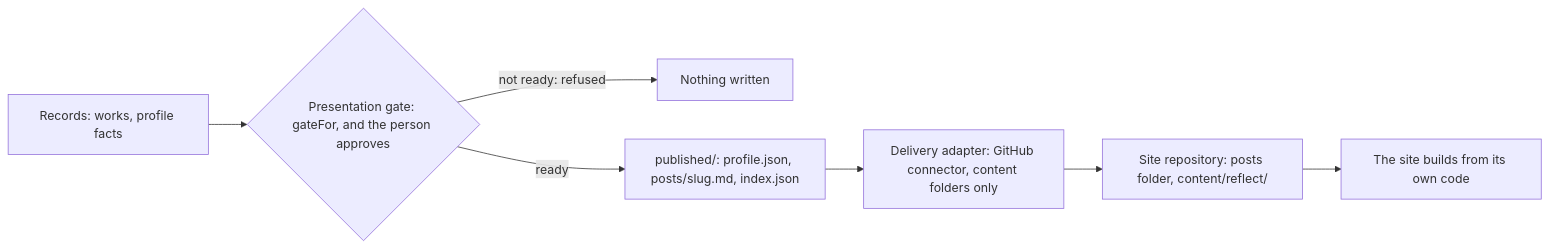
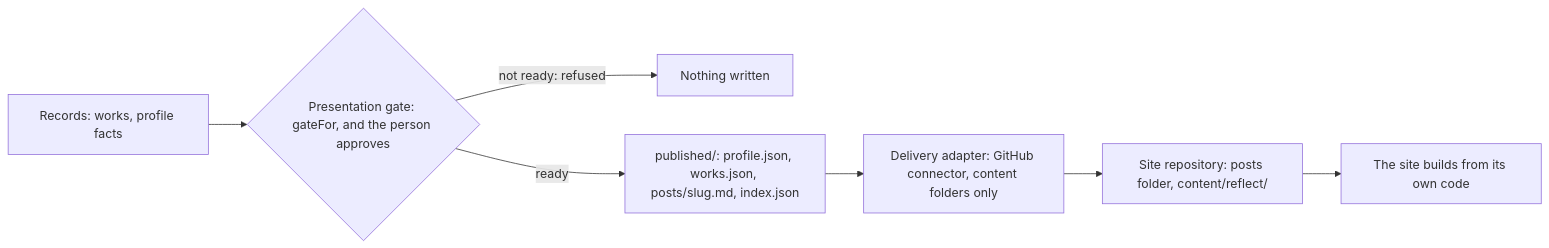
Before and after one commit to tchjhnsn/Mentura3: the third of 3 diagrams in docs/design/REFLECT_FRAMEWORK_2026-11-19.md, drawn with Mermaid. The commit also changed other lines of this file and 19 other files, not shown here.

First line of the commit message:
Publish the person's works by their end: Making, Knowing, Doing (published/works.json)

````diff
--- a/docs/design/REFLECT_FRAMEWORK_2026-11-19.md
+++ b/docs/design/REFLECT_FRAMEWORK_2026-11-19.md
@@ -209,9 +209,9 @@
 ```mermaid
 flowchart LR
   R["Records: works, profile facts"] --> G{"Presentation gate: gateFor, and the person approves"}
   G -- "not ready: refused" --> X["Nothing written"]
-  G -- "ready" --> P["published/: profile.json, posts/slug.md, index.json"]
+  G -- "ready" --> P["published/: profile.json, works.json, posts/slug.md, index.json"]
   P --> D["Delivery adapter: GitHub connector, content folders only"]
   D --> S["Site repository: posts folder, content/reflect/"]
   S --> W["The site builds from its own code"]
 ```
````
